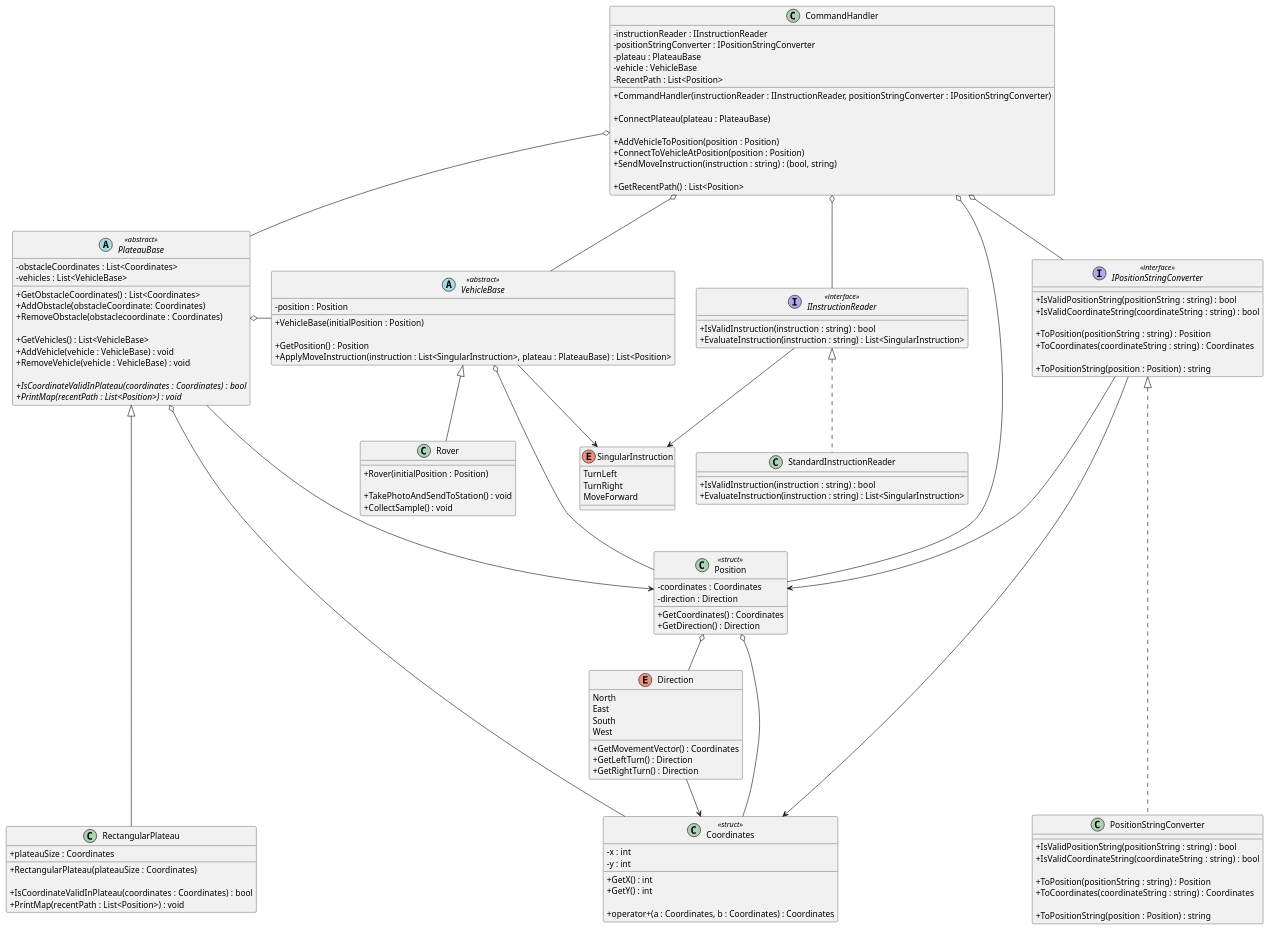
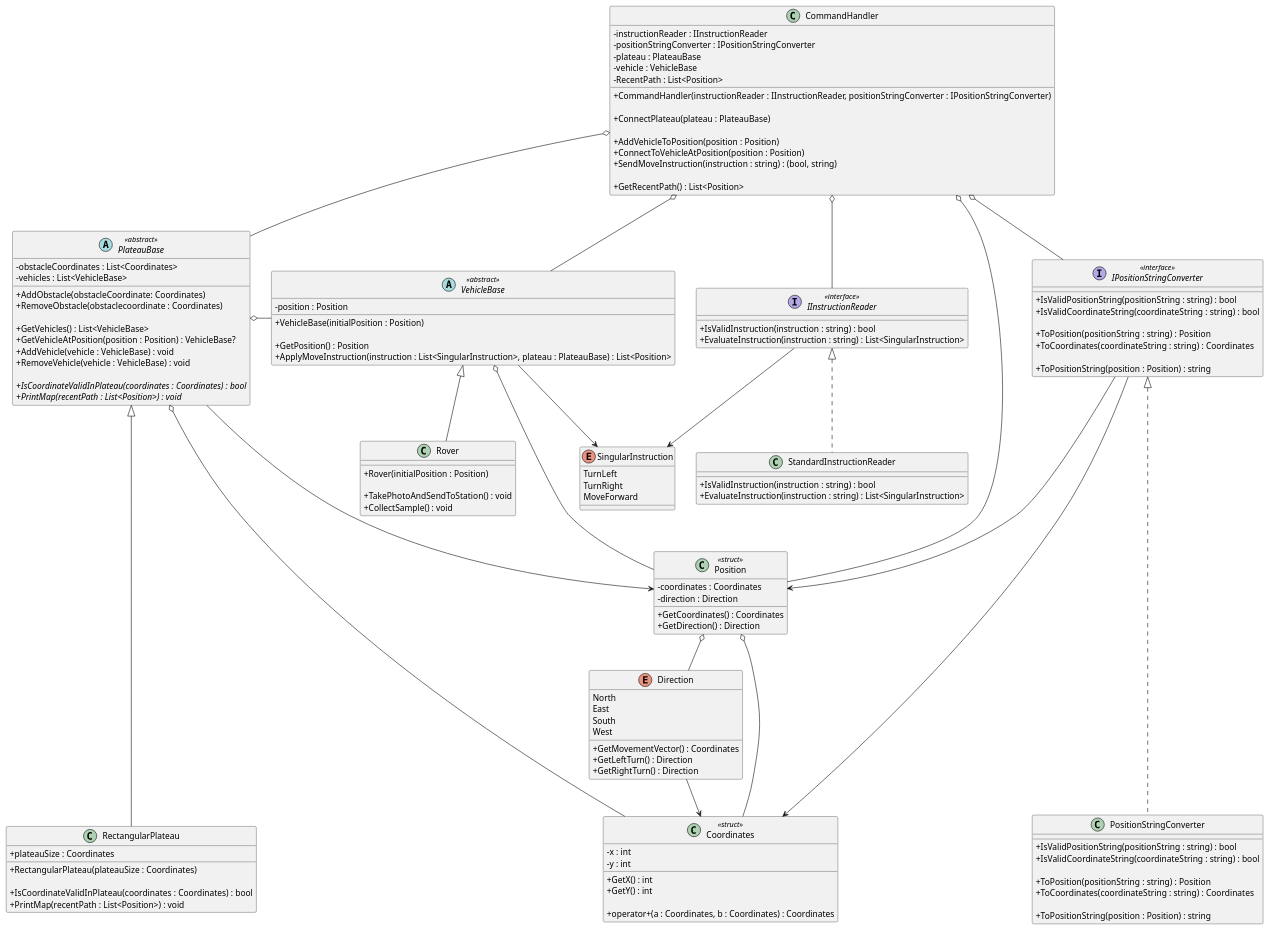
Before and after one commit to iamfranco/MarsRoverChallenge: the diagram in diagrams/MarsRoverChallenge.puml, drawn with PlantUML. The commit also changed 1 other file, not shown here.

Commit message:
UML: remove GetObstacleCoordinates() and add GetVehicleAtPosition() method

```diff
--- a/diagrams/MarsRoverChallenge.puml
+++ b/diagrams/MarsRoverChallenge.puml
@@ -1,168 +1,168 @@
 @startuml "Mars Rover Challenge"
 skinparam classAttributeIconSize 0
 
 class CommandHandler
 {
   - instructionReader : IInstructionReader
   - positionStringConverter : IPositionStringConverter
   - plateau : PlateauBase
   - vehicle : VehicleBase
   - RecentPath : List<Position>
 
   + CommandHandler(instructionReader : IInstructionReader, positionStringConverter : IPositionStringConverter)
   
   + ConnectPlateau(plateau : PlateauBase)
 
   + AddVehicleToPosition(position : Position)
   + ConnectToVehicleAtPosition(position : Position)
   + SendMoveInstruction(instruction : string) : (bool, string)
 
   + GetRecentPath() : List<Position>
 }
 
 interface IInstructionReader <<interface>>
 {
   + IsValidInstruction(instruction : string) : bool
   + EvaluateInstruction(instruction : string) : List<SingularInstruction>
 }
 
 enum SingularInstruction
 {
   TurnLeft
   TurnRight
   MoveForward
 }
 
 class StandardInstructionReader
 {
   + IsValidInstruction(instruction : string) : bool
   + EvaluateInstruction(instruction : string) : List<SingularInstruction>
 }
 
 abstract PlateauBase <<abstract>>
 {
   - obstacleCoordinates : List<Coordinates>
   - vehicles : List<VehicleBase>
 
-  + GetObstacleCoordinates() : List<Coordinates>
   + AddObstacle(obstacleCoordinate: Coordinates)
   + RemoveObstacle(obstaclecoordinate : Coordinates)
 
   + GetVehicles() : List<VehicleBase>
+  + GetVehicleAtPosition(position : Position) : VehicleBase?
   + AddVehicle(vehicle : VehicleBase) : void
   + RemoveVehicle(vehicle : VehicleBase) : void
 
   {abstract} + IsCoordinateValidInPlateau(coordinates : Coordinates) : bool
   {abstract} + PrintMap(recentPath : List<Position>) : void
 }
 
 class RectangularPlateau
 {
   + plateauSize : Coordinates
 
   + RectangularPlateau(plateauSize : Coordinates)
 
   + IsCoordinateValidInPlateau(coordinates : Coordinates) : bool
   + PrintMap(recentPath : List<Position>) : void
 }
 
 class Coordinates <<struct>>
 {
   - x : int
   - y : int
 
   + GetX() : int
   + GetY() : int
 
   + operator+(a : Coordinates, b : Coordinates) : Coordinates
 }
 
 enum Direction
 {
   North
   East
   South
   West
 
   + GetMovementVector() : Coordinates
   + GetLeftTurn() : Direction
   + GetRightTurn() : Direction
 }
 
 interface IPositionStringConverter <<interface>>
 {
   + IsValidPositionString(positionString : string) : bool
   + IsValidCoordinateString(coordinateString : string) : bool
 
   + ToPosition(positionString : string) : Position
   + ToCoordinates(coordinateString : string) : Coordinates
 
   + ToPositionString(position : Position) : string
 }
 
 class Position <<struct>>
 {
   - coordinates : Coordinates
   - direction : Direction
 
   + GetCoordinates() : Coordinates
   + GetDirection() : Direction
 }
 
 class PositionStringConverter
 {
   + IsValidPositionString(positionString : string) : bool
   + IsValidCoordinateString(coordinateString : string) : bool
 
   + ToPosition(positionString : string) : Position
   + ToCoordinates(coordinateString : string) : Coordinates
 
   + ToPositionString(position : Position) : string
 }
 
 class Rover
 {
   + Rover(initialPosition : Position)
 
   + TakePhotoAndSendToStation() : void
   + CollectSample() : void
 }
 
 abstract VehicleBase <<abstract>>
 {
   - position : Position
 
   + VehicleBase(initialPosition : Position)
 
   + GetPosition() : Position
   + ApplyMoveInstruction(instruction : List<SingularInstruction>, plateau : PlateauBase) : List<Position>
 }
 
 CommandHandler o-- IInstructionReader
 CommandHandler o-- IPositionStringConverter
 CommandHandler o-- PlateauBase
 CommandHandler o-- VehicleBase
 CommandHandler o---- Position
 
 IInstructionReader --> SingularInstruction
 IInstructionReader <|.. StandardInstructionReader 
 
 VehicleBase <|-- Rover
 VehicleBase --> SingularInstruction
 VehicleBase o--- Position
 
 IPositionStringConverter <|..... PositionStringConverter
 IPositionStringConverter ---> Position
 IPositionStringConverter ---> Coordinates
 
 PlateauBase <|----- RectangularPlateau
 PlateauBase --> Position
 PlateauBase o-- Coordinates
 PlateauBase o- VehicleBase
 
 Direction --> Coordinates 
 
 Position o-- Direction
 Position o-- Coordinates
 
 @enduml
```
